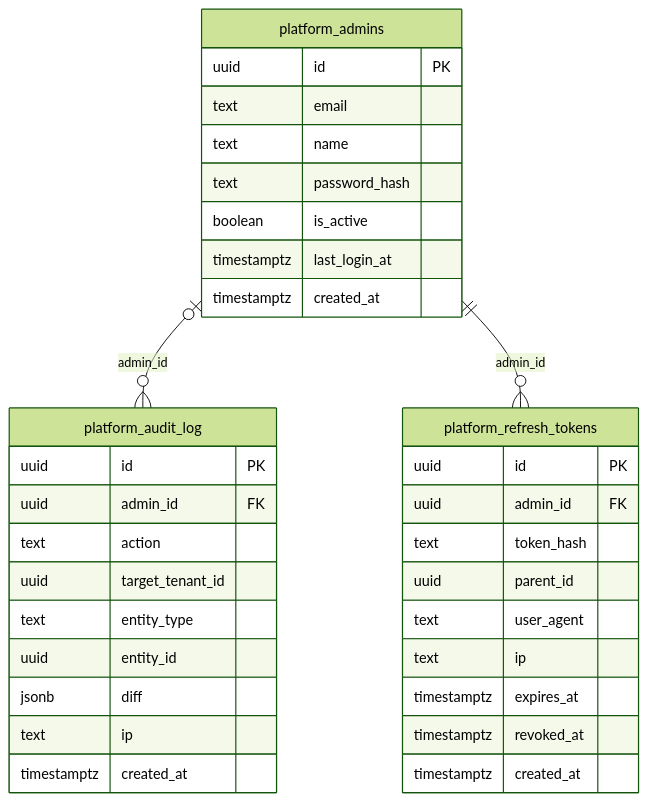
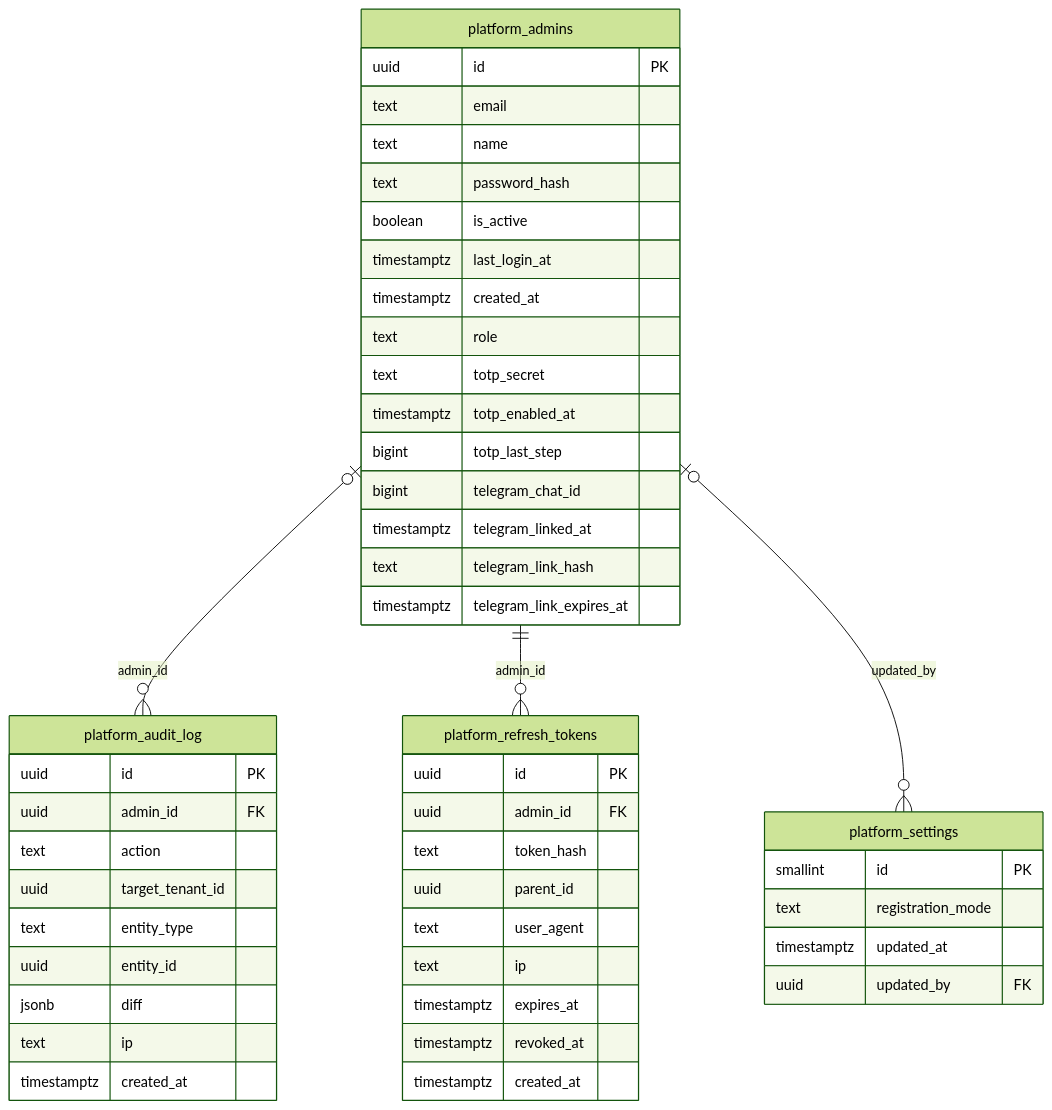
One commit to Ulugbek-Mominjonov/crm-api changed the ninth of 10 diagrams in docs/database/README.md. Above: the diagram before and after it, drawn with Mermaid (forest theme). The commit also changed other lines of this file and 48 other files, not shown here.

````diff
--- a/docs/database/README.md
+++ b/docs/database/README.md
@@ -1480,36 +1481,51 @@
 ```mermaid
 erDiagram
     platform_admins |o--o{ platform_audit_log : "admin_id"
     platform_admins ||--o{ platform_refresh_tokens : "admin_id"
+    platform_admins |o--o{ platform_settings : "updated_by"
     platform_admins {
         uuid id PK
         text email
         text name
         text password_hash
         boolean is_active
         timestamptz last_login_at
         timestamptz created_at
+        text role
+        text totp_secret
+        timestamptz totp_enabled_at
+        bigint totp_last_step
+        bigint telegram_chat_id
+        timestamptz telegram_linked_at
+        text telegram_link_hash
+        timestamptz telegram_link_expires_at
     }
     platform_refresh_tokens {
         uuid id PK
         uuid admin_id FK
         text token_hash
         uuid parent_id
         text user_agent
         text ip
         timestamptz expires_at
         timestamptz revoked_at
         timestamptz created_at
     }
     platform_audit_log {
         uuid id PK
         uuid admin_id FK
         text action
         uuid target_tenant_id
         text entity_type
         uuid entity_id
         jsonb diff
         text ip
         timestamptz created_at
     }
+    platform_settings {
+        smallint id PK
+        text registration_mode
+        timestamptz updated_at
+        uuid updated_by FK
+    }
 ```
````
